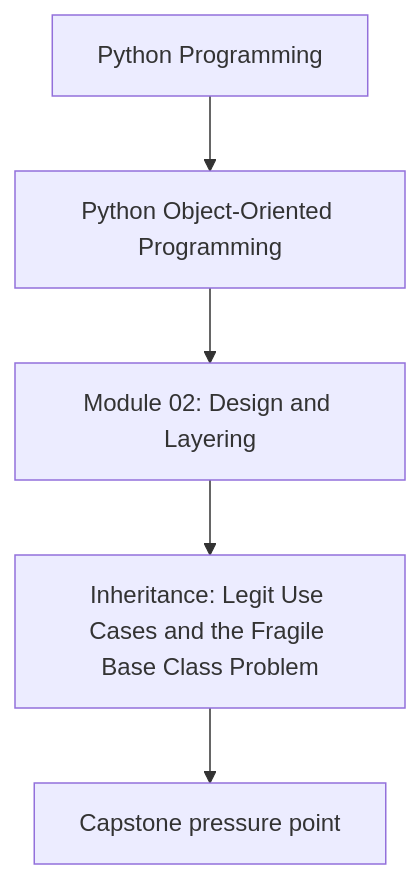
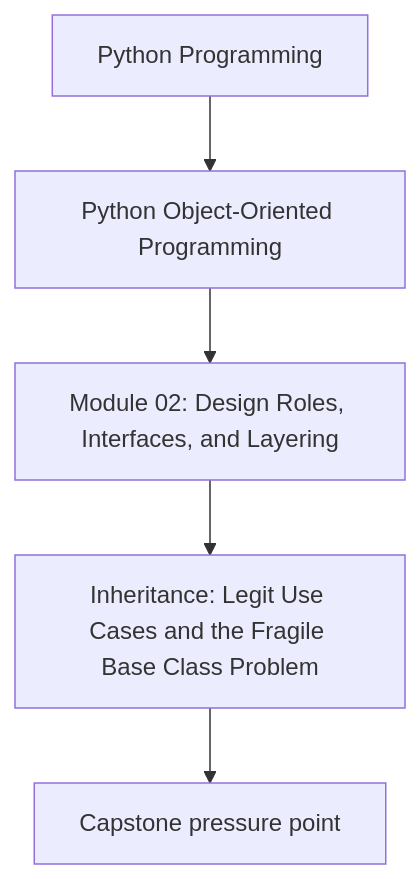
Before and after one commit to bijux/bijux-masterclass: the first of 2 diagrams in programs/python-programming/python-object-oriented-programming/course-book/module-02-design-and-layering/inheritance-and-fragile-base-classes.md, drawn with Mermaid. The commit also changed 241 other files, not shown here.

````diff
--- a/programs/python-programming/python-object-oriented-programming/course-book/module-02-design-and-layering/inheritance-and-fragile-base-classes.md
+++ b/programs/python-programming/python-object-oriented-programming/course-book/module-02-design-and-layering/inheritance-and-fragile-base-classes.md
@@ -7,7 +7,7 @@
 ```mermaid
 flowchart TD
   family["Python Programming"] --> program["Python Object-Oriented Programming"]
-  program --> module["Module 02: Design and Layering"]
+  program --> module["Module 02: Design Roles, Interfaces, and Layering"]
   module --> concept["Inheritance: Legit Use Cases and the Fragile Base Class Problem"]
   concept --> capstone["Capstone pressure point"]
 ```
````
